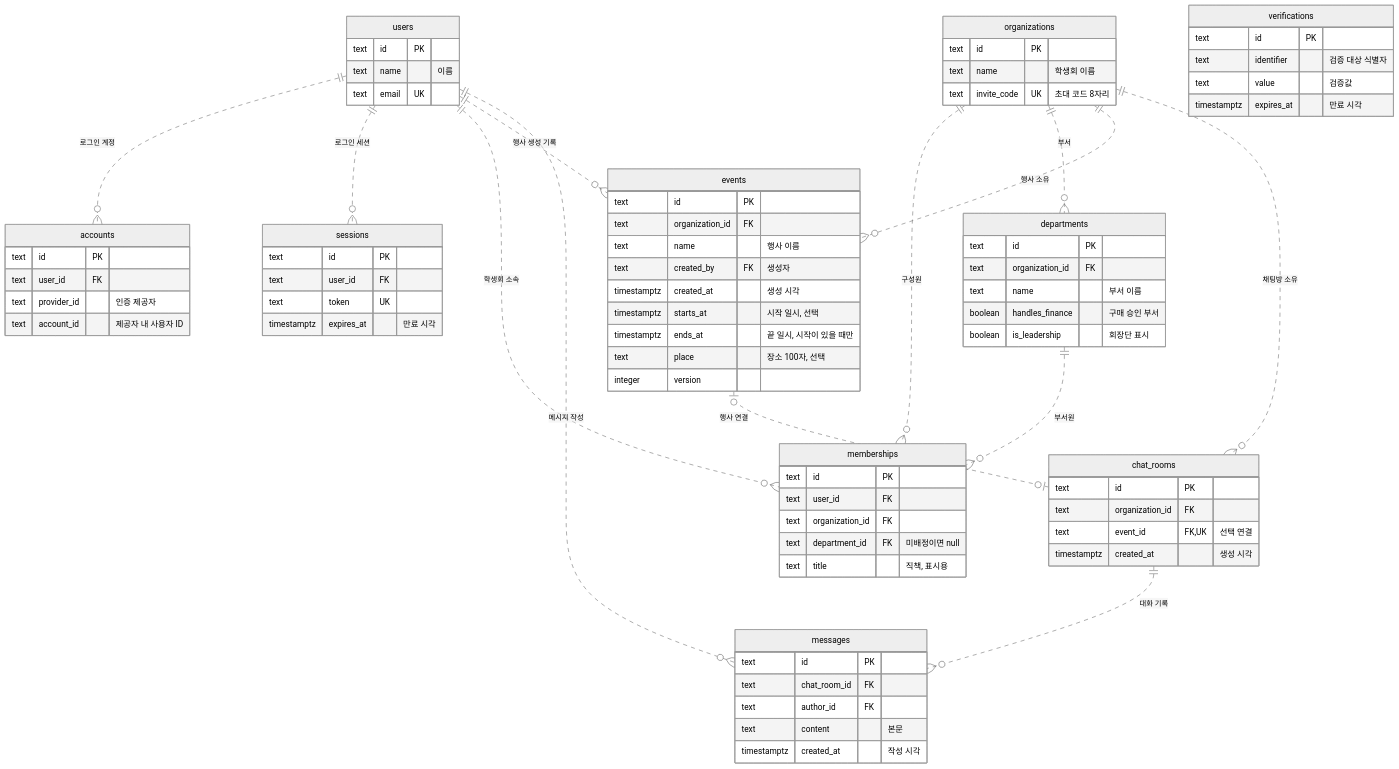
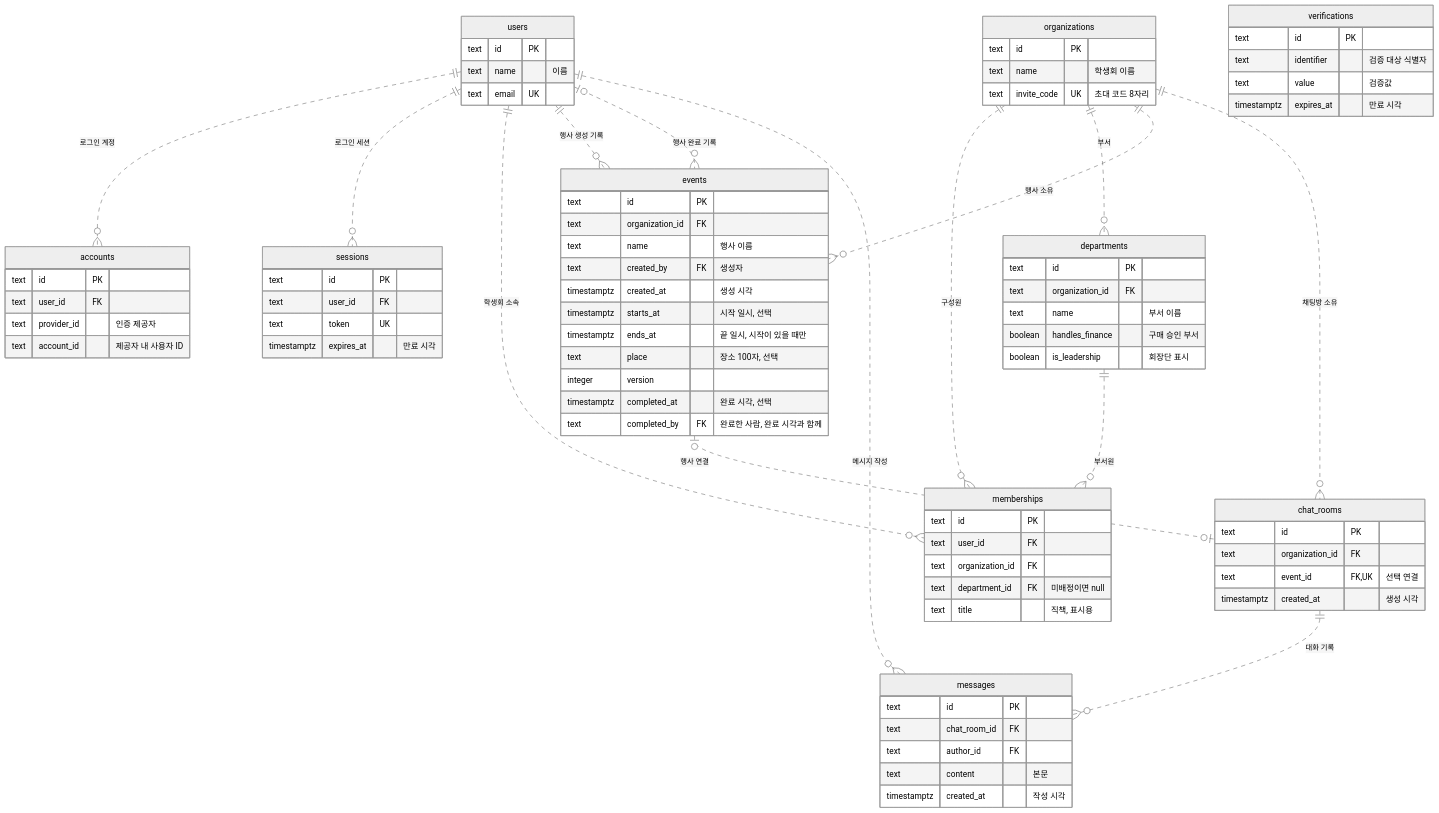
The first of 10 diagrams in docs/ERD.md (vada-hq/vada), drawn with Mermaid (neutral theme) before and after one commit. The commit also changed other lines of this file and 17 other files, not shown here.

```diff
--- a/docs/ERD.md
+++ b/docs/ERD.md
@@ -14,6 +14,7 @@
     departments ||..o{ memberships : "부서원"
     organizations ||..o{ events : "행사 소유"
     users ||..o{ events : "행사 생성 기록"
+    users |o..o{ events : "행사 완료 기록"
     organizations ||..o{ chatRooms : "채팅방 소유"
     events |o..o| chatRooms : "행사 연결"
     chatRooms ||..o{ messages : "대화 기록"
@@ -64,6 +65,8 @@
         timestamptz ends_at "끝 일시, 시작이 있을 때만"
         text place "장소 100자, 선택"
         integer version
+        timestamptz completed_at "완료 시각, 선택"
+        text completed_by FK "완료한 사람, 완료 시각과 함께"
     }
     chatRooms["chat_rooms"] {
         text id PK
```
